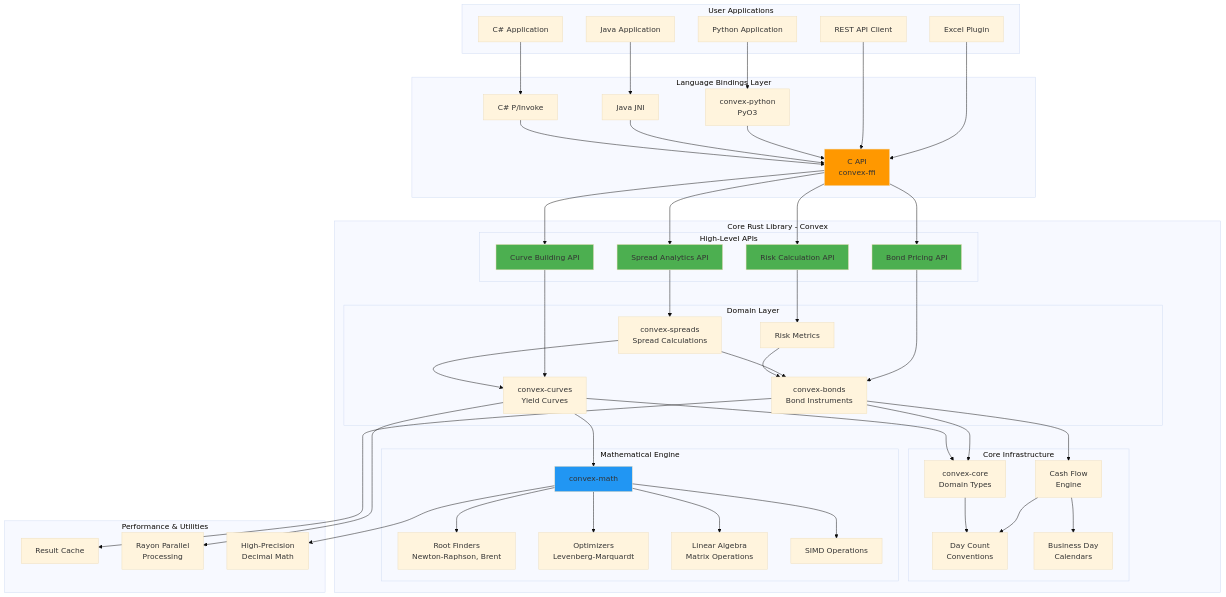
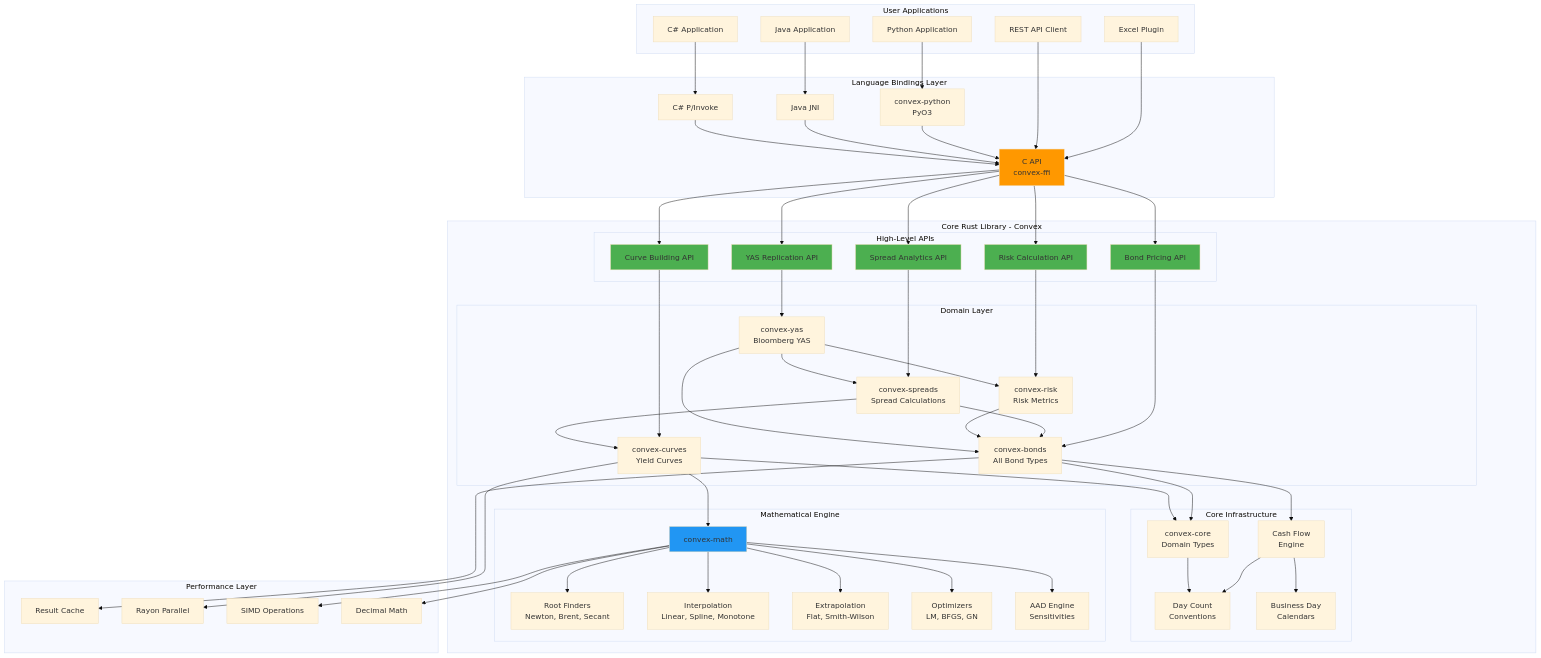
The diagram in .claude/architecture.md (sujitn/convex), drawn with Mermaid (base theme) before and after one commit. The commit also changed other lines of this file and 171 other files, not shown here.

````diff
--- a/.claude/architecture.md
+++ b/.claude/architecture.md
@@ -25,13 +25,15 @@
             CurveAPI[Curve Building API]
             SpreadAPI[Spread Analytics API]
             RiskAPI[Risk Calculation API]
+            YASAPI[YAS Replication API]
         end
 
         subgraph "Domain Layer"
-            Bonds[convex-bonds<br/>Bond Instruments]
+            Bonds[convex-bonds<br/>All Bond Types]
             Curves[convex-curves<br/>Yield Curves]
             Spreads[convex-spreads<br/>Spread Calculations]
-            Risk[Risk Metrics]
+            Risk[convex-risk<br/>Risk Metrics]
+            YAS[convex-yas<br/>Bloomberg YAS]
         end
 
         subgraph "Core Infrastructure"
@@ -43,17 +45,19 @@
 
         subgraph "Mathematical Engine"
             Math[convex-math]
-            Solvers[Root Finders<br/>Newton-Raphson, Brent]
-            Optimization[Optimizers<br/>Levenberg-Marquardt]
-            LinAlg[Linear Algebra<br/>Matrix Operations]
-            SIMD[SIMD Operations]
+            Solvers[Root Finders<br/>Newton, Brent, Secant]
+            Interp[Interpolation<br/>Linear, Spline, Monotone]
+            Extrap[Extrapolation<br/>Flat, Smith-Wilson]
+            Optimization[Optimizers<br/>LM, BFGS, GN]
+            AAD[AAD Engine<br/>Sensitivities]
         end
     end
 
-    subgraph "Performance & Utilities"
+    subgraph "Performance Layer"
         Cache[Result Cache]
-        Parallel[Rayon Parallel<br/>Processing]
-        Decimal[High-Precision<br/>Decimal Math]
+        Parallel[Rayon Parallel]
+        SIMD[SIMD Operations]
+        Decimal[Decimal Math]
     end
 
     %% Connections
@@ -71,11 +75,13 @@
     CAPI --> CurveAPI
     CAPI --> SpreadAPI
     CAPI --> RiskAPI
+    CAPI --> YASAPI
 
     BondAPI --> Bonds
     CurveAPI --> Curves
     SpreadAPI --> Spreads
     RiskAPI --> Risk
+    YASAPI --> YAS
 
     Bonds --> Types
     Bonds --> Cashflow
@@ -84,24 +90,30 @@
     Spreads --> Bonds
     Spreads --> Curves
     Risk --> Bonds
+    YAS --> Bonds
+    YAS --> Spreads
+    YAS --> Risk
 
     Cashflow --> DayCount
     Cashflow --> Calendar
     Types --> DayCount
 
     Math --> Solvers
+    Math --> Interp
+    Math --> Extrap
     Math --> Optimization
-    Math --> LinAlg
-    Math --> SIMD
+    Math --> AAD
 
     Bonds --> Cache
     Curves --> Parallel
     Math --> Decimal
+    Math --> SIMD
 
     style BondAPI fill:#4CAF50
     style CurveAPI fill:#4CAF50
     style SpreadAPI fill:#4CAF50
     style RiskAPI fill:#4CAF50
+    style YASAPI fill:#4CAF50
     style Math fill:#2196F3
     style CAPI fill:#FF9800
 ```
````
